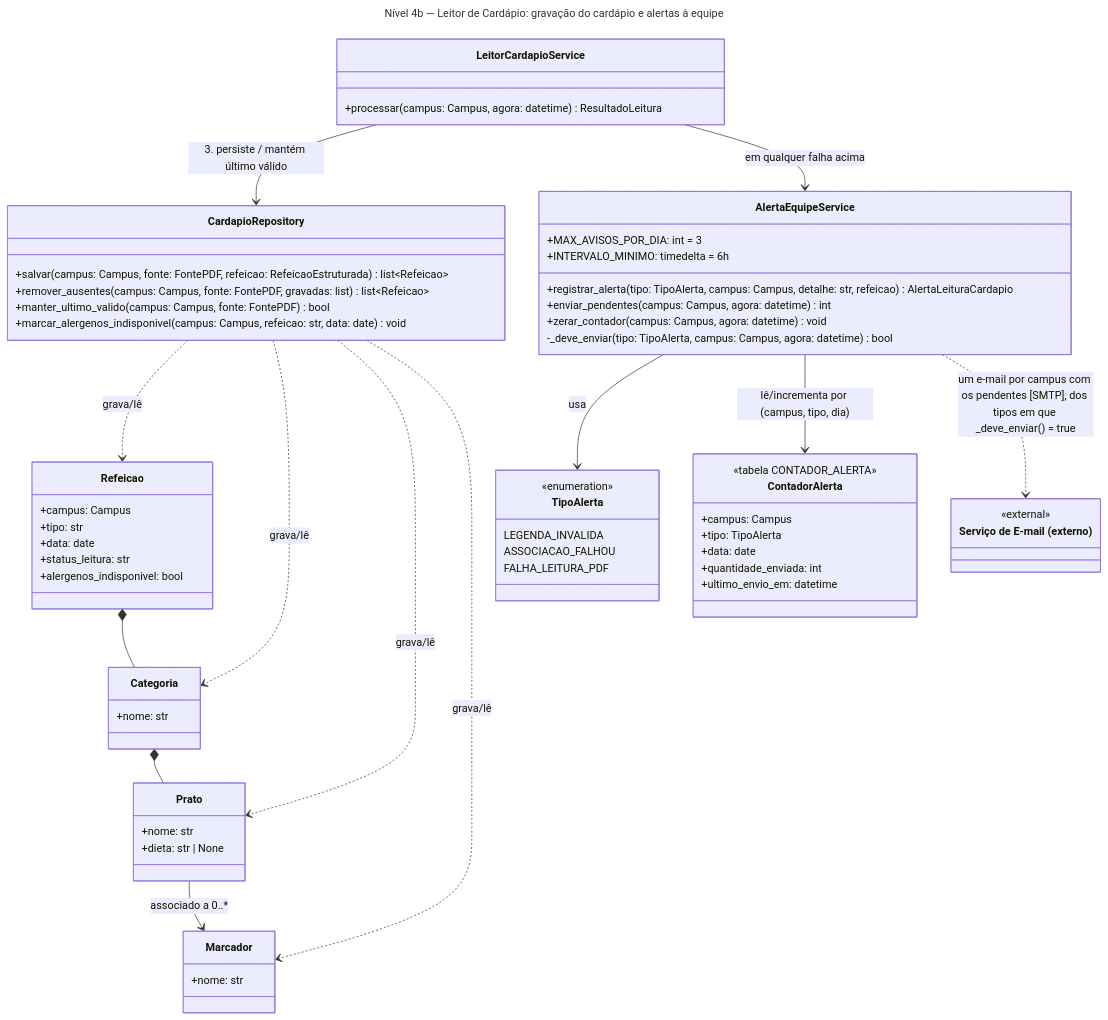
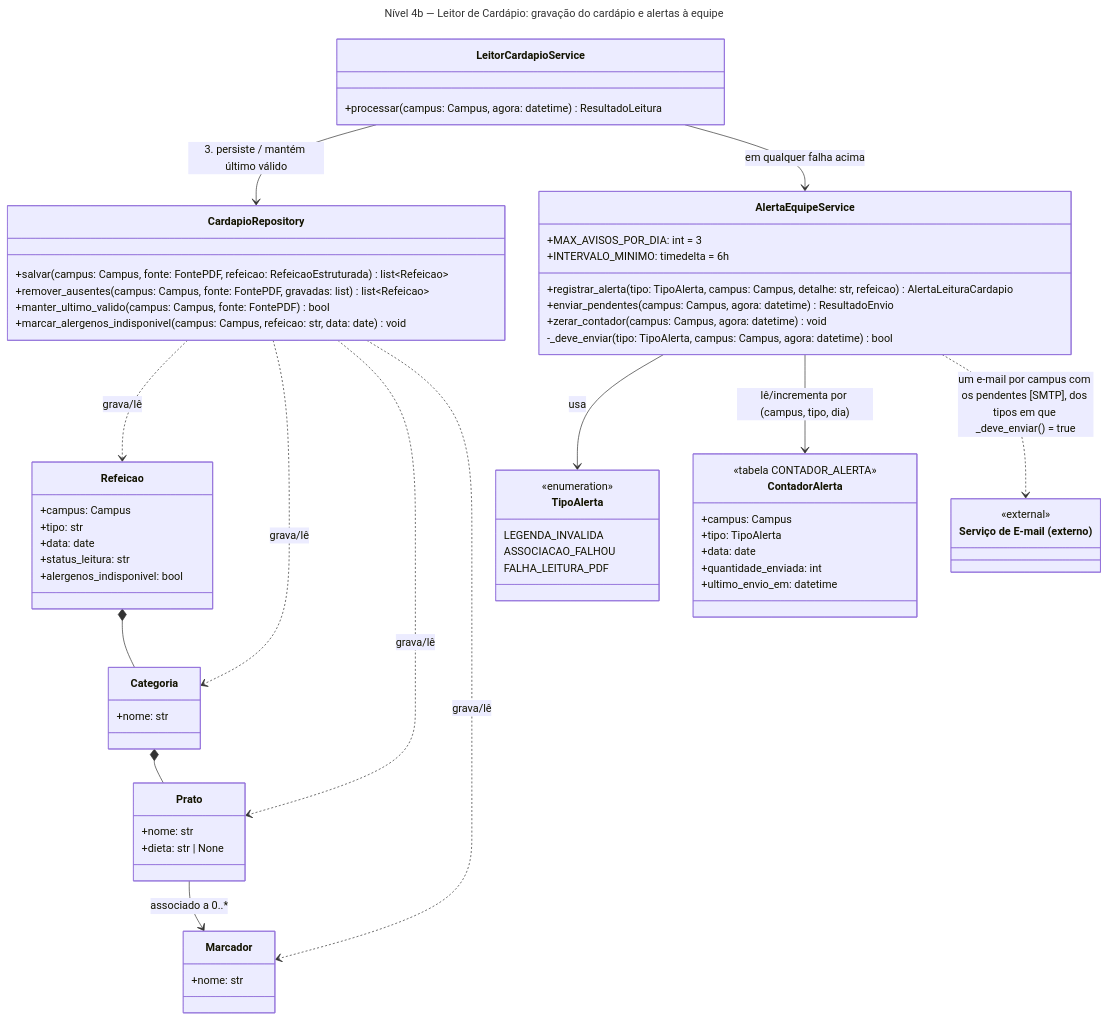
The second of 3 diagrams in docs/arquitetura/backend/c4-nivel-4-leitor-cardapio.md (unb-mds/2026-2-Bandejao-UnB), drawn with Mermaid before and after one commit. The commit also changed other lines of this file and 2 other files, not shown here.

````diff
--- a/docs/arquitetura/backend/c4-nivel-4-leitor-cardapio.md
+++ b/docs/arquitetura/backend/c4-nivel-4-leitor-cardapio.md
@@ -184,70 +184,70 @@
 ```mermaid
 ---
 title: "Nível 4b — Leitor de Cardápio: gravação do cardápio e alertas à equipe"
 ---
 classDiagram
   class LeitorCardapioService {
     +processar(campus: Campus, agora: datetime) ResultadoLeitura
   }
   class CardapioRepository {
     +salvar(campus: Campus, fonte: FontePDF, refeicao: RefeicaoEstruturada) list~Refeicao~
     +remover_ausentes(campus: Campus, fonte: FontePDF, gravadas: list) list~Refeicao~
     +manter_ultimo_valido(campus: Campus, fonte: FontePDF) bool
     +marcar_alergenos_indisponivel(campus: Campus, refeicao: str, data: date) void
   }
   class Refeicao {
     +campus: Campus
     +tipo: str
     +data: date
     +status_leitura: str
     +alergenos_indisponivel: bool
   }
   class Categoria {
     +nome: str
   }
   class Prato {
     +nome: str
     +dieta: str | None
   }
   class Marcador {
     +nome: str
   }
   class AlertaEquipeService {
     +registrar_alerta(tipo: TipoAlerta, campus: Campus, detalhe: str, refeicao) AlertaLeituraCardapio
-    +enviar_pendentes(campus: Campus, agora: datetime) int
+    +enviar_pendentes(campus: Campus, agora: datetime) ResultadoEnvio
     +zerar_contador(campus: Campus, agora: datetime) void
     -_deve_enviar(tipo: TipoAlerta, campus: Campus, agora: datetime) bool
     +MAX_AVISOS_POR_DIA: int = 3
     +INTERVALO_MINIMO: timedelta = 6h
   }
   class TipoAlerta {
     <<enumeration>>
     LEGENDA_INVALIDA
     ASSOCIACAO_FALHOU
     FALHA_LEITURA_PDF
   }
   class ContadorAlerta {
     <<tabela CONTADOR_ALERTA>>
     +campus: Campus
     +tipo: TipoAlerta
     +data: date
     +quantidade_enviada: int
     +ultimo_envio_em: datetime
   }
   class EmailSvc["Serviço de E-mail (externo)"] {
     <<external>>
   }
 
   LeitorCardapioService --> CardapioRepository : 3. persiste / mantém último válido
   LeitorCardapioService --> AlertaEquipeService : em qualquer falha acima
   AlertaEquipeService --> TipoAlerta : usa
   AlertaEquipeService --> ContadorAlerta : lê/incrementa por (campus, tipo, dia)
   AlertaEquipeService ..> EmailSvc : um e-mail por campus com os pendentes [SMTP], dos tipos em que _deve_enviar() = true
   CardapioRepository ..> Refeicao : grava/lê
   CardapioRepository ..> Categoria : grava/lê
   CardapioRepository ..> Prato : grava/lê
   CardapioRepository ..> Marcador : grava/lê
   Refeicao *-- Categoria
   Categoria *-- Prato
   Prato --> Marcador : associado a 0..*
 ```
````
